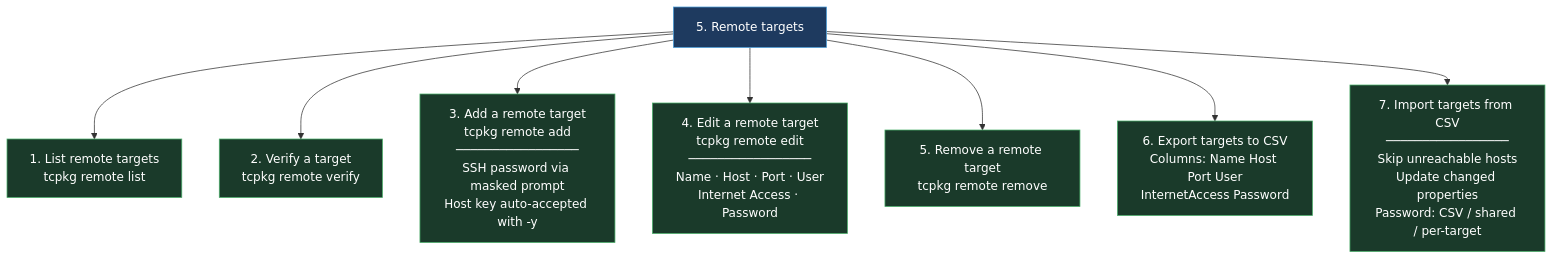
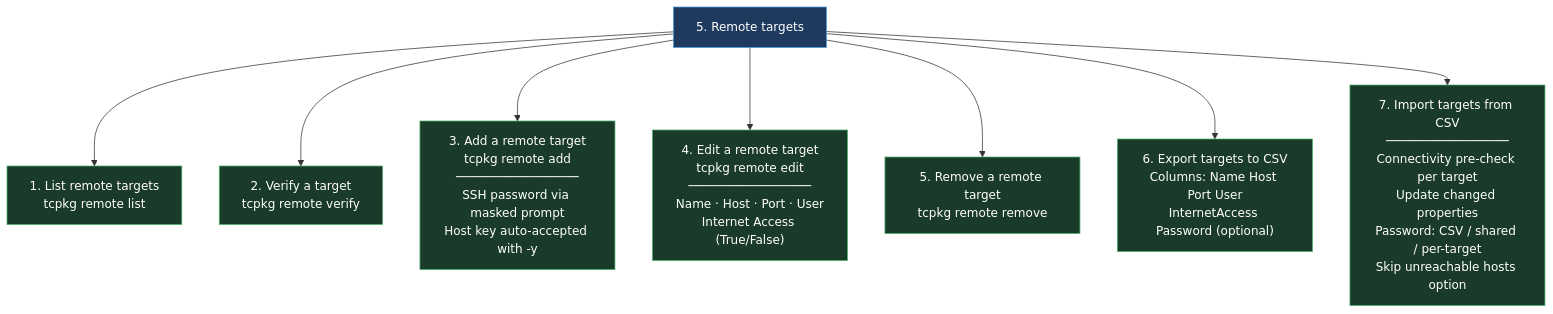
One commit to mcclureTC/TcPkgMgr-PowerShellScript changed the seventh of 8 diagrams in README.md. Above: the diagram before and after it, drawn with Mermaid. The commit also changed other lines of this file and 1 other file, not shown here.

````diff
--- a/README.md
+++ b/README.md
@@ -187,16 +188,16 @@
 ```mermaid
 flowchart TD
     RMT["5. Remote targets"]
     RMT --> R1["1. List remote targets\ntcpkg remote list"]
     RMT --> R2["2. Verify a target\ntcpkg remote verify"]
     RMT --> R3["3. Add a remote target\ntcpkg remote add\n─────────────────\nSSH password via masked prompt\nHost key auto-accepted with -y"]
-    RMT --> R4["4. Edit a remote target\ntcpkg remote edit\n─────────────────\nName · Host · Port · User\nInternet Access · Password"]
+    RMT --> R4["4. Edit a remote target\ntcpkg remote edit\n─────────────────\nName · Host · Port · User\nInternet Access (True/False)"]
     RMT --> R5["5. Remove a remote target\ntcpkg remote remove"]
-    RMT --> R6["6. Export targets to CSV\nColumns: Name Host Port User\nInternetAccess Password"]
-    RMT --> R7["7. Import targets from CSV\n─────────────────\nSkip unreachable hosts\nUpdate changed properties\nPassword: CSV / shared / per-target"]
+    RMT --> R6["6. Export targets to CSV\nColumns: Name Host Port User\nInternetAccess Password (optional)"]
+    RMT --> R7["7. Import targets from CSV\n─────────────────\nConnectivity pre-check per target\nUpdate changed properties\nPassword: CSV / shared / per-target\nSkip unreachable hosts option"]
 
     classDef menu   fill:#1e3a5f,stroke:#4a9eda,color:#fff
     classDef action fill:#1a3a2a,stroke:#4aaf6a,color:#fff
     class RMT menu
     class R1,R2,R3,R4,R5,R6,R7 action
 ```
````
